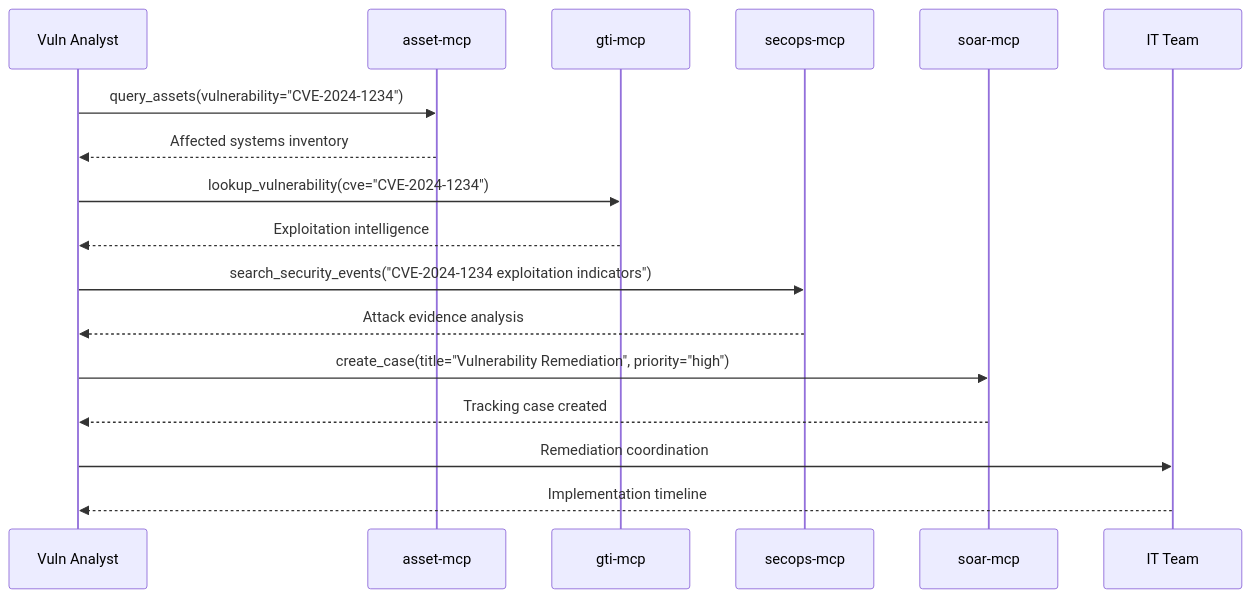
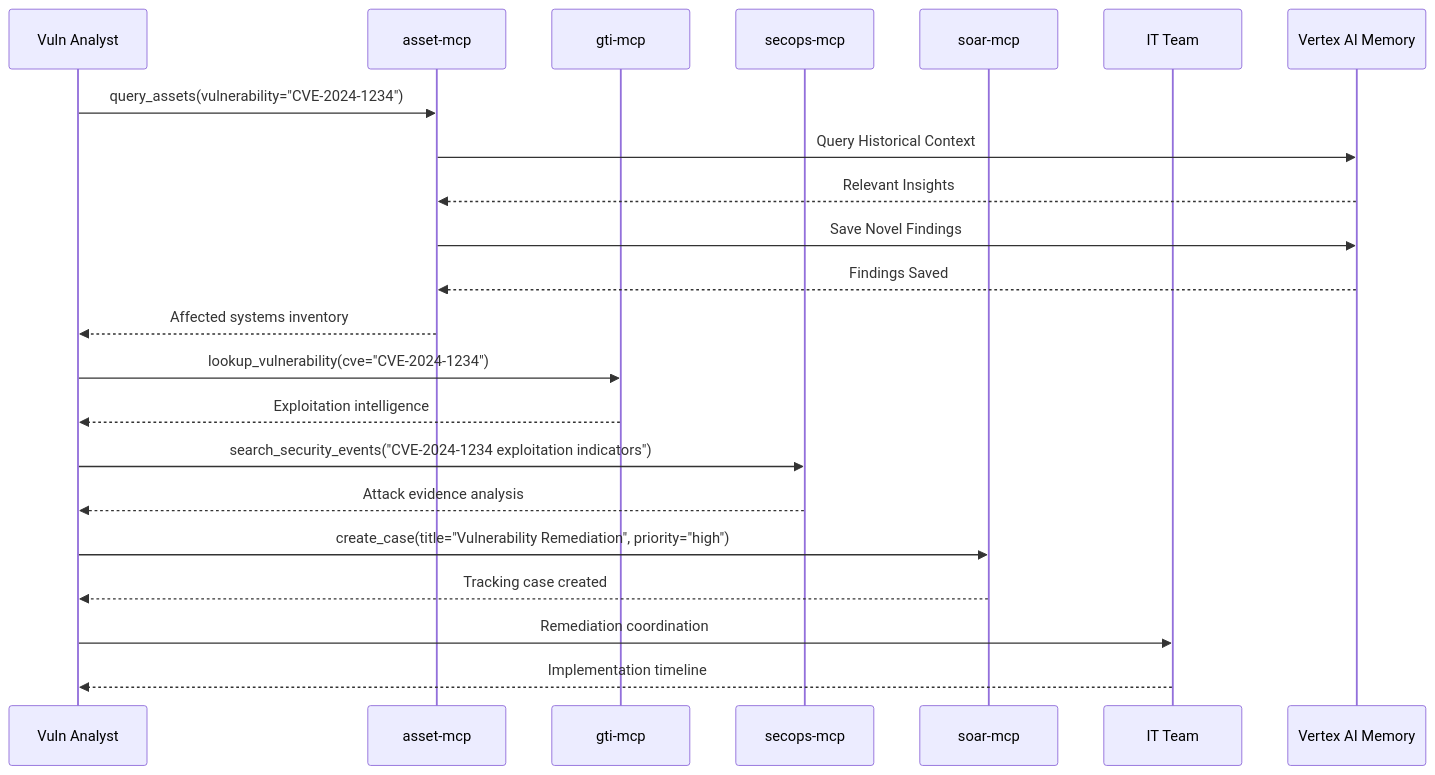
The diagram in rules-bank/reporting_templates.md (dandye/adk_runbooks), drawn with Mermaid before and after one commit. The commit also changed other lines of this file and 125 other files, not shown here.

````diff
--- a/rules-bank/reporting_templates.md
+++ b/rules-bank/reporting_templates.md
@@ -554,20 +581,29 @@
 ```mermaid
 sequenceDiagram
     participant Analyst as Vuln Analyst
     participant Asset as asset-mcp
     participant TI as gti-mcp
     participant SIEM as secops-mcp
     participant SOAR as soar-mcp
     participant IT as IT Team
+    participant Memory as Vertex AI Memory
 
     Analyst->>Asset: query_assets(vulnerability="CVE-2024-1234")
+
+    %% Step: Query Memory Context
+    Asset->>Memory: Query Historical Context
+    Memory-->>Asset: Relevant Insights
+
+    %% Step: Save Findings to Memory
+    Asset->>Memory: Save Novel Findings
+    Memory-->>Asset: Findings Saved
     Asset-->>Analyst: Affected systems inventory
     Analyst->>TI: lookup_vulnerability(cve="CVE-2024-1234")
     TI-->>Analyst: Exploitation intelligence
     Analyst->>SIEM: search_security_events("CVE-2024-1234 exploitation indicators")
     SIEM-->>Analyst: Attack evidence analysis
     Analyst->>SOAR: create_case(title="Vulnerability Remediation", priority="high")
     SOAR-->>Analyst: Tracking case created
     Analyst->>IT: Remediation coordination
     IT-->>Analyst: Implementation timeline
 ```
````
